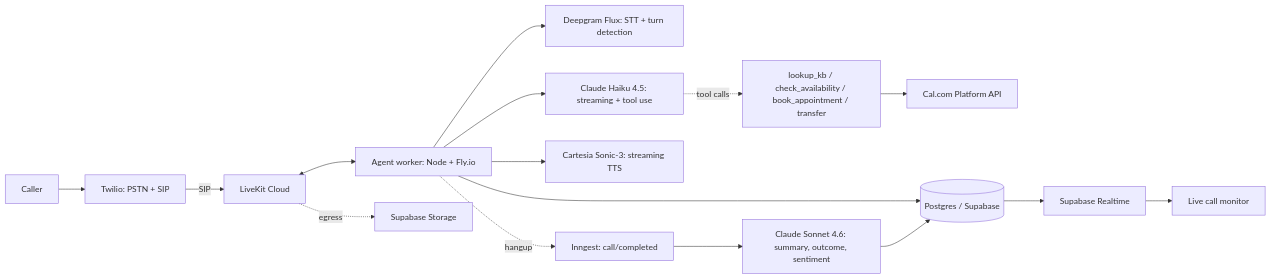
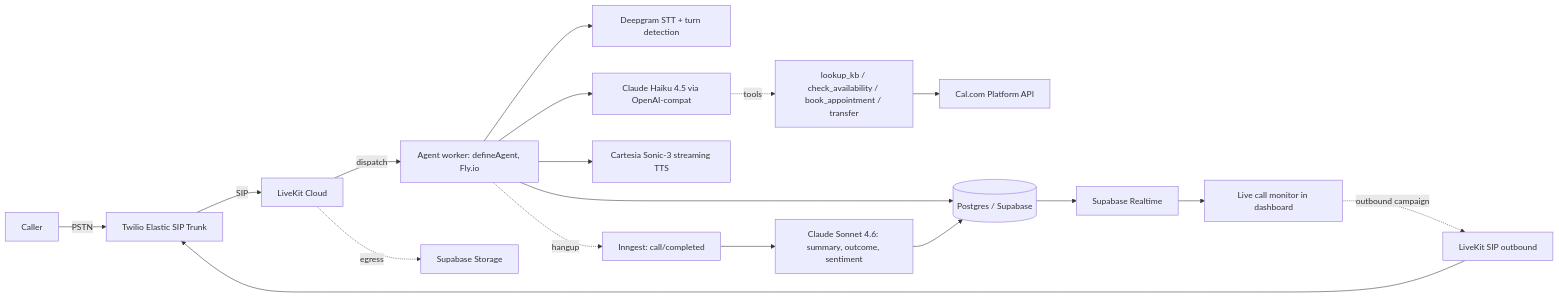
Before and after one commit to feRpicoral/relay: the diagram in README.md, drawn with Mermaid. The commit also changed other lines of this file and 20 other files, not shown here.

Commit message:
refactor(voice): switch worker to @livekit/agents and SIP-trunk-direct ingress + outbound

````diff
--- a/README.md
+++ b/README.md
@@ -81,18 +81,19 @@
 ```mermaid
 flowchart LR
-    Caller[Caller] --> Twilio[Twilio: PSTN + SIP]
+    Caller[Caller] -->|PSTN| Twilio[Twilio Elastic SIP Trunk]
     Twilio -->|SIP| LK[LiveKit Cloud]
-    LK <--> Worker[Agent worker: Node + Fly.io]
-    Worker --> STT[Deepgram Flux: STT + turn detection]
-    Worker --> LLM[Claude Haiku 4.5: streaming + tool use]
-    Worker --> TTS[Cartesia Sonic-3: streaming TTS]
-    LLM -.tool calls.-> Tools[lookup_kb / check_availability / book_appointment / transfer]
+    LK -->|dispatch| Worker[Agent worker: defineAgent, Fly.io]
+    Worker --> STT[Deepgram STT + turn detection]
+    Worker --> LLM[Claude Haiku 4.5 via OpenAI-compat]
+    Worker --> TTS[Cartesia Sonic-3 streaming TTS]
+    LLM -.tools.-> Tools[lookup_kb / check_availability / book_appointment / transfer]
     Tools --> Cal[Cal.com Platform API]
     Worker --> DB[(Postgres / Supabase)]
     DB --> RT[Supabase Realtime]
-    RT --> UI[Live call monitor]
+    RT --> UI[Live call monitor in dashboard]
     LK -.egress.-> Storage[Supabase Storage]
     Worker -.hangup.-> Inn[Inngest: call/completed]
     Inn --> Sonnet[Claude Sonnet 4.6: summary, outcome, sentiment]
     Sonnet --> DB
+    UI -.outbound campaign.-> SIPOut[LiveKit SIP outbound] --> Twilio
 ```
````
